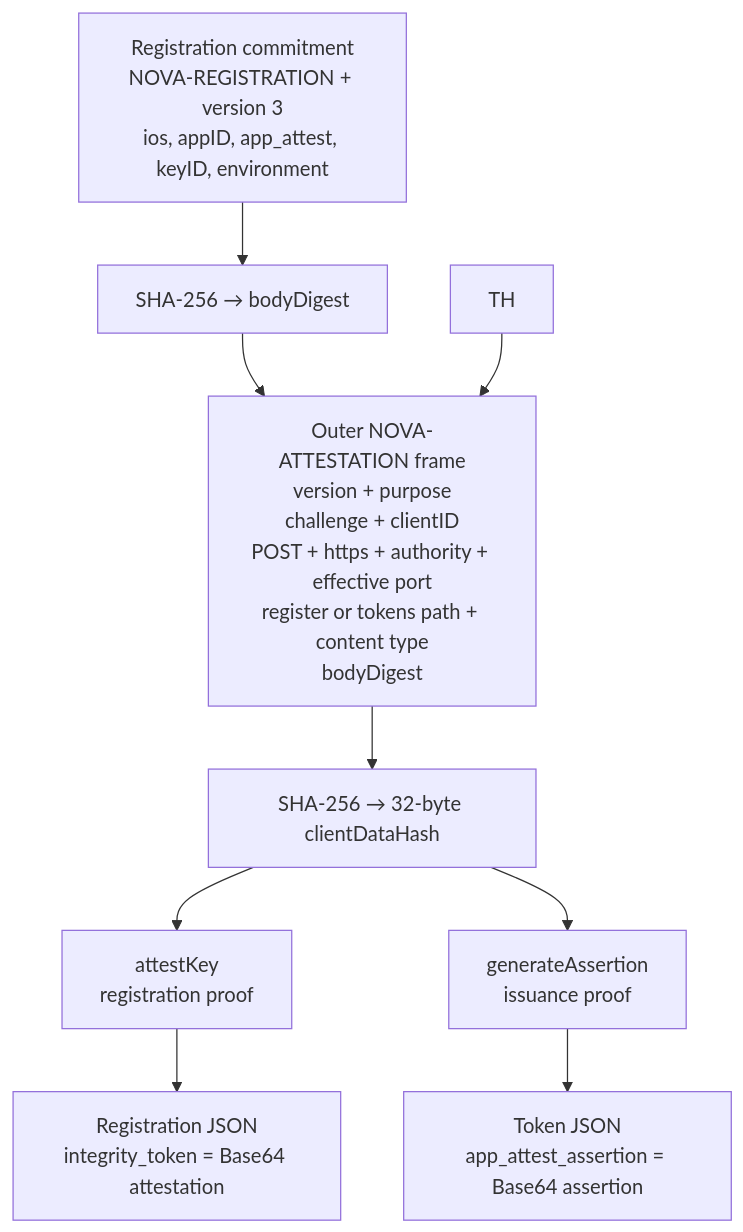
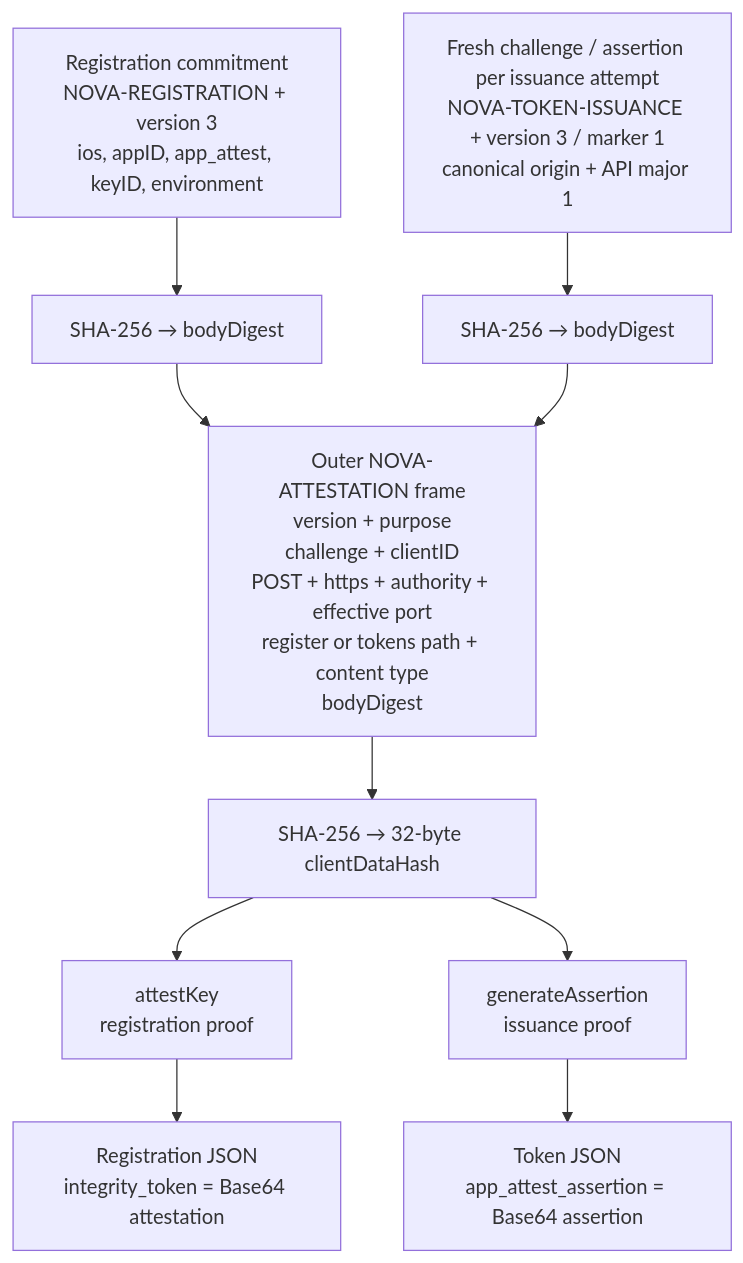
The third of 8 diagrams in .claude/docs/architecture/novaauth-client-diagrams.md (novasamatech/nova-wallet-ios), drawn with Mermaid before and after one commit. The commit also changed other lines of this file and 5 other files, not shown here.

````diff
--- a/.claude/docs/architecture/novaauth-client-diagrams.md
+++ b/.claude/docs/architecture/novaauth-client-diagrams.md
@@ -102,11 +101,12 @@
 ```mermaid
 flowchart TB
   R["Registration commitment<br/>NOVA-REGISTRATION + version 3<br/>ios, appID, app_attest, keyID, environment"] --> RH["SHA-256 → bodyDigest"]
+  T["Fresh challenge / assertion per issuance attempt<br/>NOVA-TOKEN-ISSUANCE + version 3 / marker 1<br/>canonical origin + API major 1"] --> TH["SHA-256 → bodyDigest"]
   RH --> FRAME["Outer NOVA-ATTESTATION frame<br/>version + purpose<br/>challenge + clientID<br/>POST + https + authority + effective port<br/>register or tokens path + content type<br/>bodyDigest"]
   TH --> FRAME
   FRAME --> HASH["SHA-256 → 32-byte clientDataHash"]
   HASH --> REG["attestKey<br/>registration proof"]
   HASH --> ASSERT["generateAssertion<br/>issuance proof"]
   REG --> RJSON["Registration JSON<br/>integrity_token = Base64 attestation"]
   ASSERT --> TJSON["Token JSON<br/>app_attest_assertion = Base64 assertion"]
 ```
````
